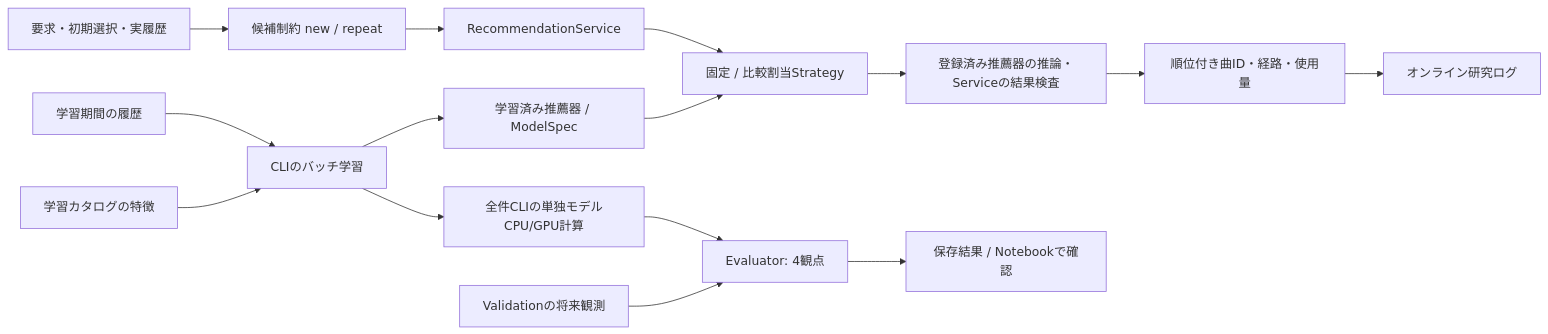
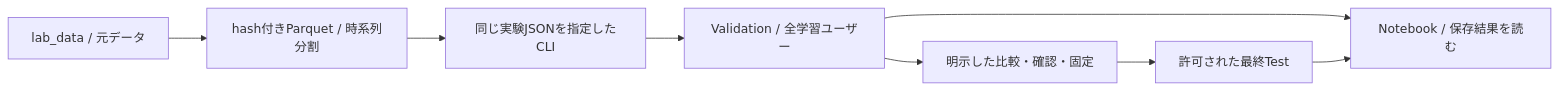
One commit to 97kuek/music-recsys changed the second of 3 diagrams in docs/architecture.md. Above: the diagram before and after it, drawn with Mermaid. The commit also changed other lines of this file and 257 other files, not shown here.

````diff
--- a/docs/architecture.md
+++ b/docs/architecture.md
@@ -16,17 +33,10 @@
 ```mermaid
 flowchart LR
-    T[学習期間の履歴] --> B[CLIのバッチ学習]
-    F[学習カタログの特徴] --> B
-    B --> M[学習済み推薦器 / ModelSpec]
-    U[要求・初期選択・実履歴] --> C[候補制約 new / repeat]
-    C --> R[RecommendationService]
-    R --> S[固定 / 比較割当Strategy]
-    M --> S
-    S --> I[登録済み推薦器の推論・Serviceの結果検査]
-    I --> O[順位付き曲ID・経路・使用量]
-    O --> L[オンライン研究ログ]
-    B --> Q[全件CLIの単独モデルCPU/GPU計算]
-    Q --> E[Evaluator: 4観点]
-    V[Validationの将来観測] --> E
-    E --> A[保存結果 / Notebookで確認]
+    R[lab_data / 元データ] --> P[hash付きParquet / 時系列分割]
+    P --> C[同じ実験JSONを指定したCLI]
+    C --> V[Validation / 全学習ユーザー]
+    V --> S[明示した比較・確認・固定]
+    S --> T[許可された最終Test]
+    V --> N[Notebook / 保存結果を読む]
+    T --> N
 ```
````
